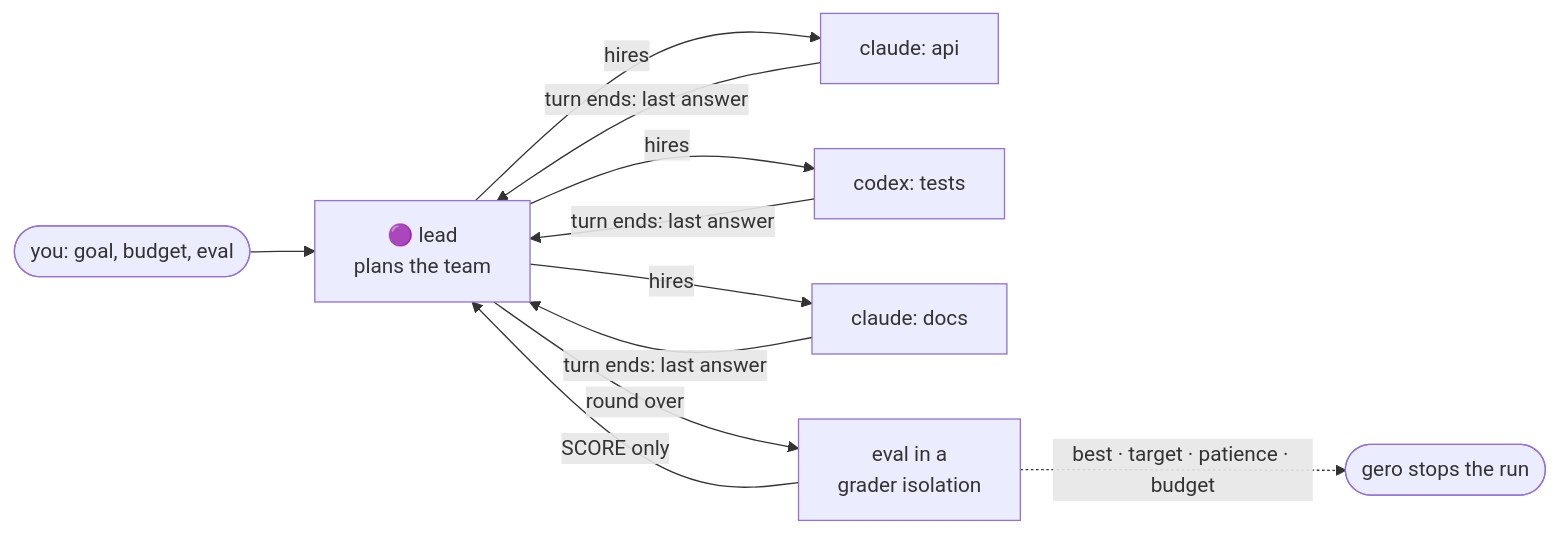
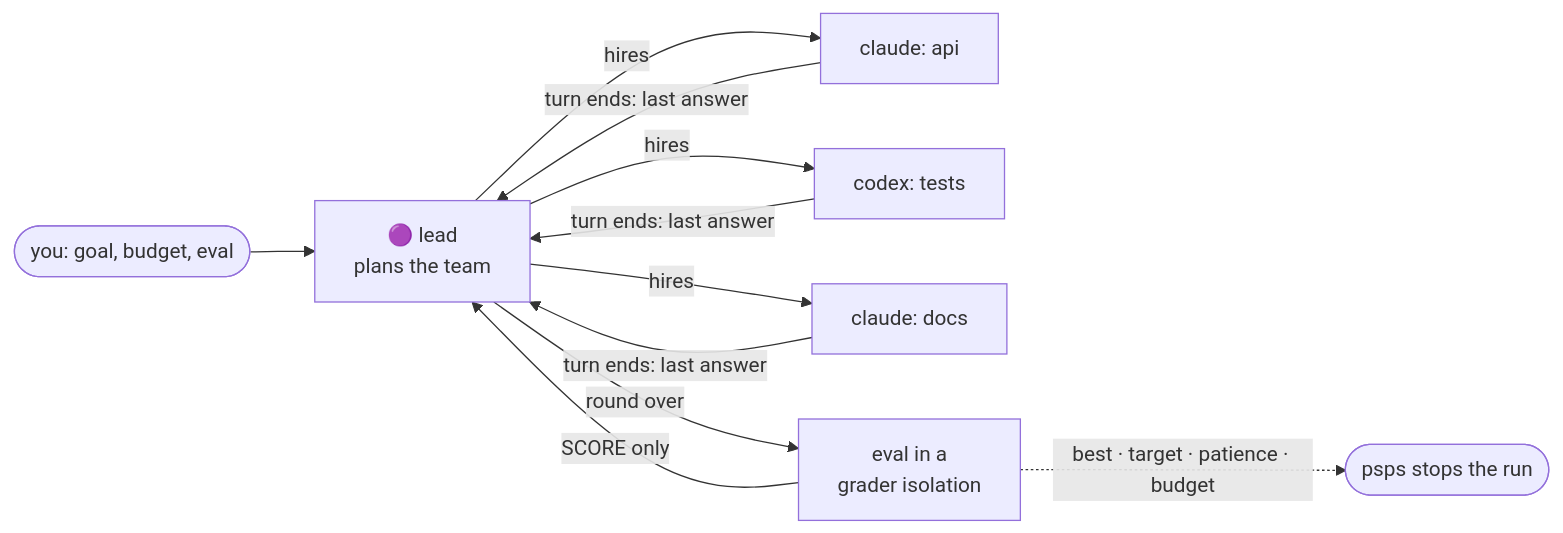
Before and after one commit to hongzio/gero: the diagram in README.md, drawn with Mermaid. The commit also changed other lines of this file and 226 other files, not shown here.

First line of the commit message:
feat!: gero is psps: the command, module, paths on the Mac (~/.config/psps, ~/.local/share/psps, ~/.local/state/psps), launchd and pf labels, web UI and docs; agents get PSPS_* variables, GERO_* beside them, and psps-* skills, the gero-* ones removed

````diff
--- a/README.md
+++ b/README.md
@@ -124,11 +124,11 @@
 ```mermaid
 flowchart LR
   YOU(["you: goal, budget, eval"]) --> LEAD
   LEAD["🟣 lead<br/>plans the team"] -->|"hires"| A1["claude: api"]
   LEAD -->|"hires"| A2["codex: tests"]
   LEAD -->|"hires"| A3["claude: docs"]
   A1 & A2 & A3 -->|"turn ends: last answer"| LEAD
   LEAD -->|"round over"| EVAL["eval in a<br/>grader isolation"]
   EVAL -->|"SCORE only"| LEAD
-  EVAL -.->|"best · target · patience · budget"| STOP(["gero stops the run"])
+  EVAL -.->|"best · target · patience · budget"| STOP(["psps stops the run"])
 ```
````
